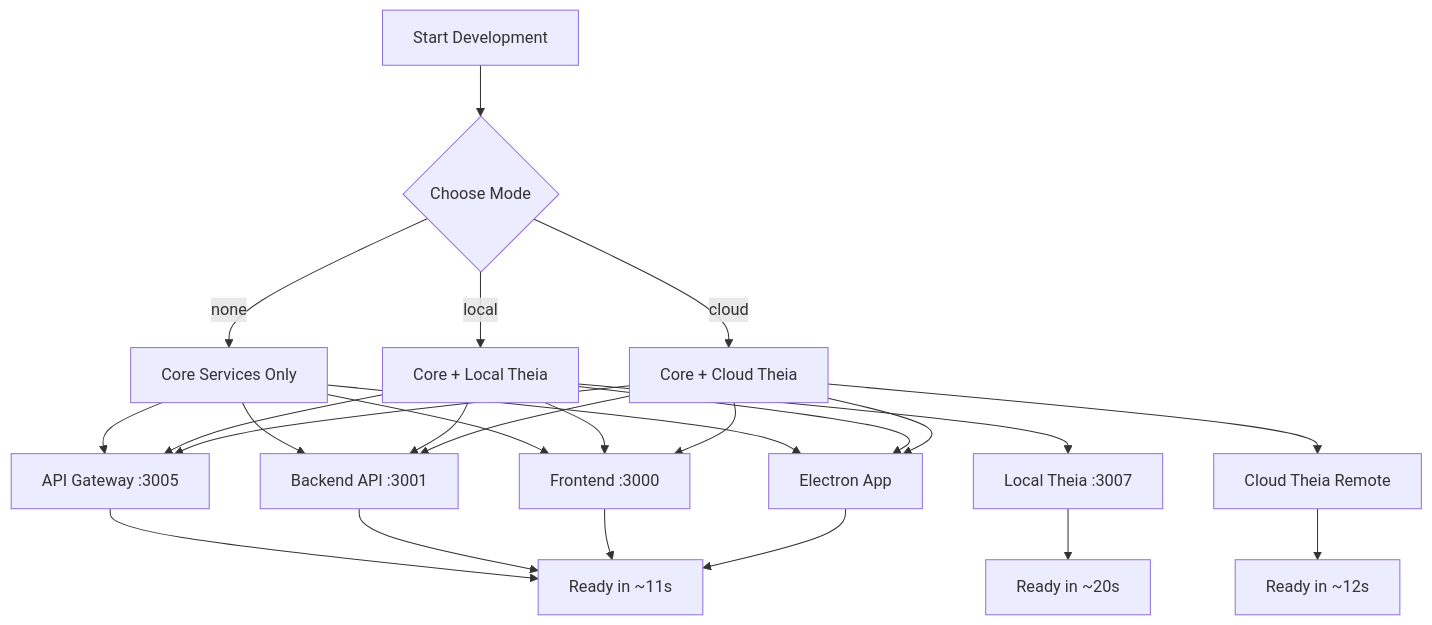
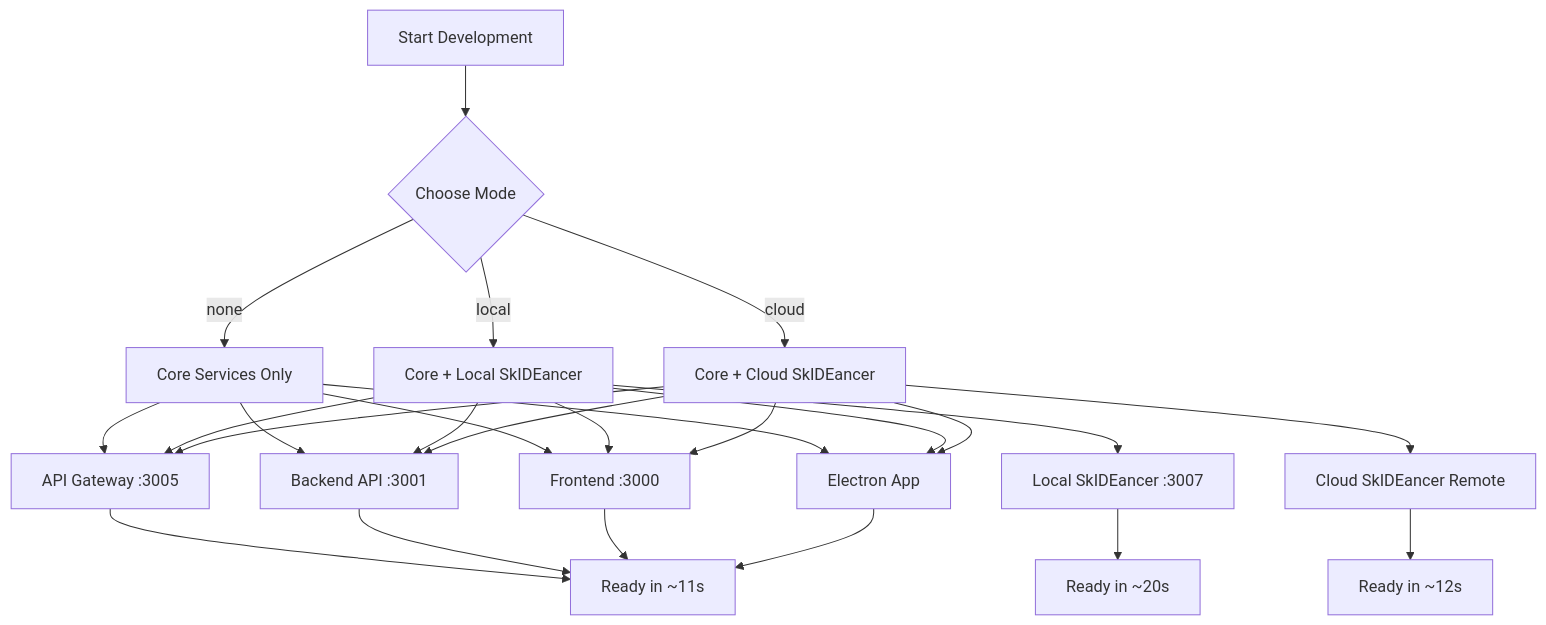
One commit to whodaniel/The-New-Fuse changed the diagram in README.md. Above: the diagram before and after it, drawn with Mermaid. The commit also changed 2125 other files, not shown here.

````diff
--- a/README.md
+++ b/README.md
@@ -57,22 +57,22 @@
 ```mermaid
 graph TD
     A[Start Development] --> B{Choose Mode}
     B -->|none| C[Core Services Only]
-    B -->|local| D[Core + Local Theia]
-    B -->|cloud| E[Core + Cloud Theia]
+    B -->|local| D[Core + Local SkIDEancer]
+    B -->|cloud| E[Core + Cloud SkIDEancer]
 
     C --> F[API Gateway :3005]
     C --> G[Backend API :3001]
     C --> H[Frontend :3000]
     C --> I[Electron App]
 
     D --> F & G & H & I
-    D --> J[Local Theia :3007]
+    D --> J[Local SkIDEancer :3007]
 
     E --> F & G & H & I
-    E --> K[Cloud Theia Remote]
+    E --> K[Cloud SkIDEancer Remote]
 
     F & G & H & I --> L[Ready in ~11s]
     J --> M[Ready in ~20s]
     K --> N[Ready in ~12s]
 ```
````
